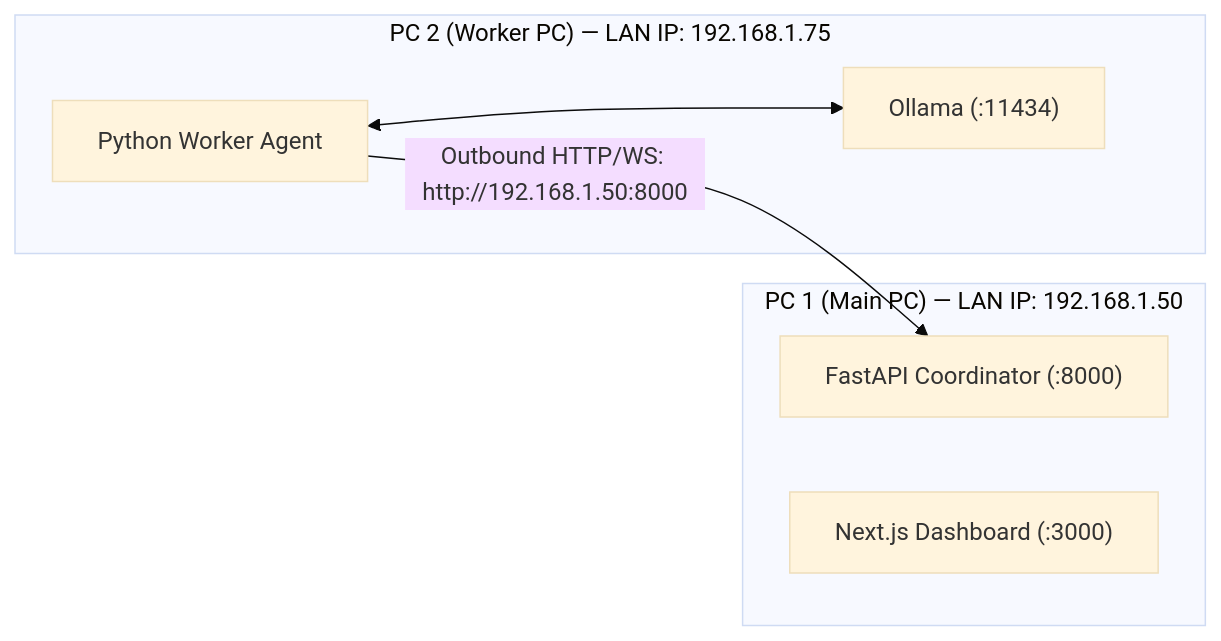
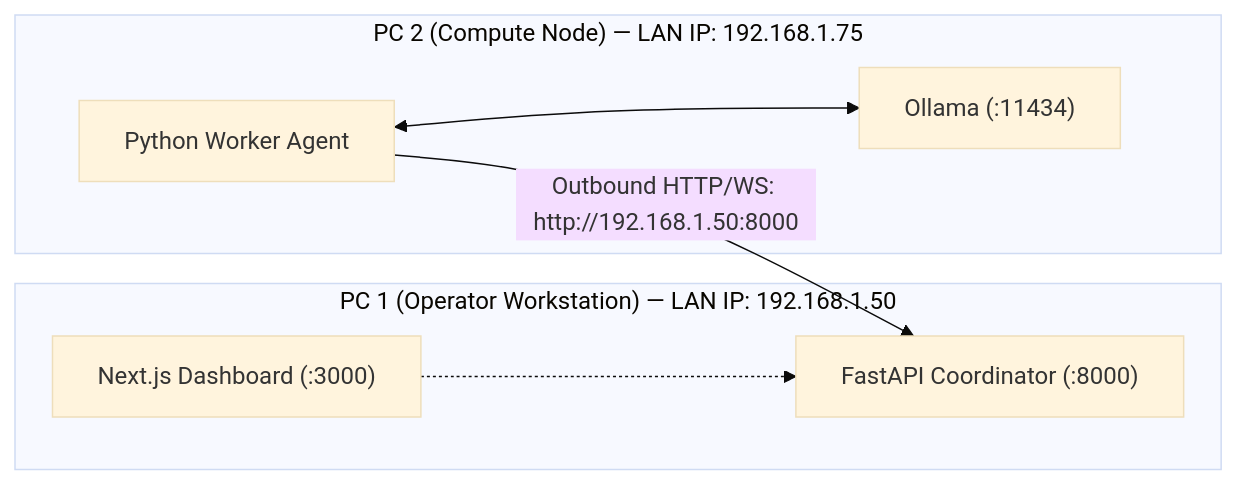
One commit to surajchandr1c/WebSync-AI changed the second of 2 diagrams in TWO_PC_CONNECTION_GUIDE.md. Above: the diagram before and after it, drawn with Mermaid (base theme). The commit also changed other lines of this file and 27 other files, not shown here.

````diff
--- a/TWO_PC_CONNECTION_GUIDE.md
+++ b/TWO_PC_CONNECTION_GUIDE.md
@@ -83,15 +46,16 @@
 ```mermaid
 flowchart LR
-    subgraph PC1_Box["PC 1 (Main PC) — LAN IP: 192.168.1.50"]
+    subgraph PC1_Box["PC 1 (Operator Workstation) — LAN IP: 192.168.1.50"]
         Coordinator["FastAPI Coordinator (:8000)"]
         Dashboard["Next.js Dashboard (:3000)"]
     end
 
-    subgraph PC2_Box["PC 2 (Worker PC) — LAN IP: 192.168.1.75"]
+    subgraph PC2_Box["PC 2 (Compute Node) — LAN IP: 192.168.1.75"]
         Worker["Python Worker Agent"]
         Ollama["Ollama (:11434)"]
         Worker <--> Ollama
     end
 
     Worker -->|Outbound HTTP/WS: http://192.168.1.50:8000| Coordinator
+    Dashboard -.-> Coordinator
 ```
````
